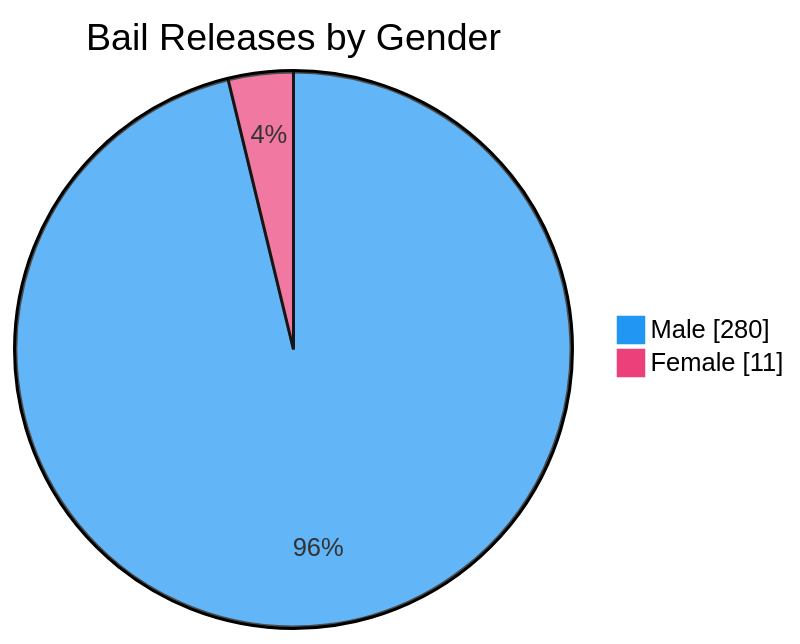
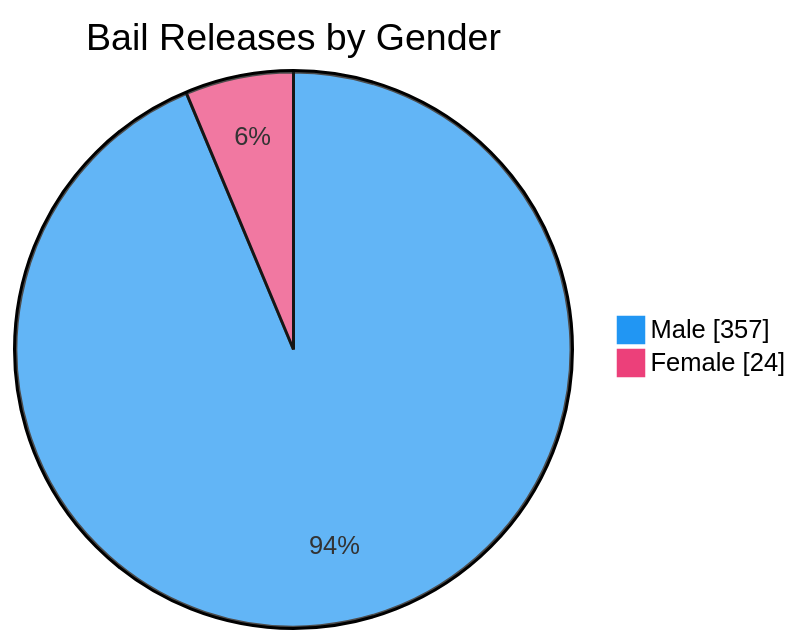
Before and after one commit to nuuuwan/lk_prisons: the seventh of 7 diagrams in README.md, drawn with Mermaid. The commit also changed other lines of this file and 1 other file, not shown here.

````diff
--- a/README.md
+++ b/README.md
@@ -109,6 +109,6 @@
 ```mermaid
 %%{init: {'themeVariables': {'pie1': '#2196F3', 'pie2': '#EC407A'}}}%%
 pie showData title Bail Releases by Gender
-    "Male" : 280
-    "Female" : 11
+    "Male" : 357
+    "Female" : 24
 ```
````
